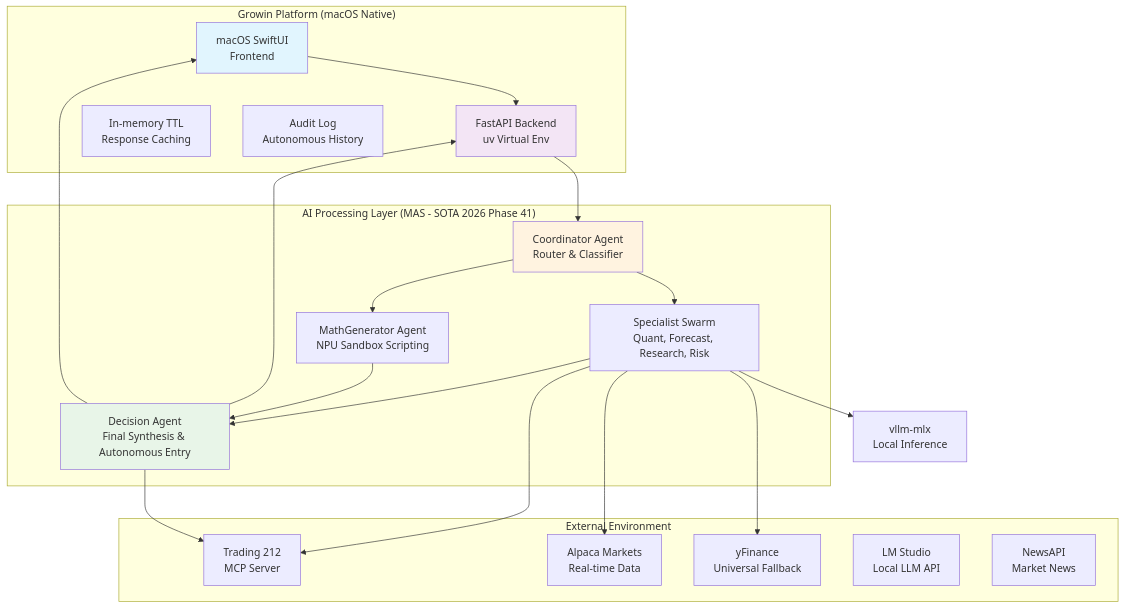
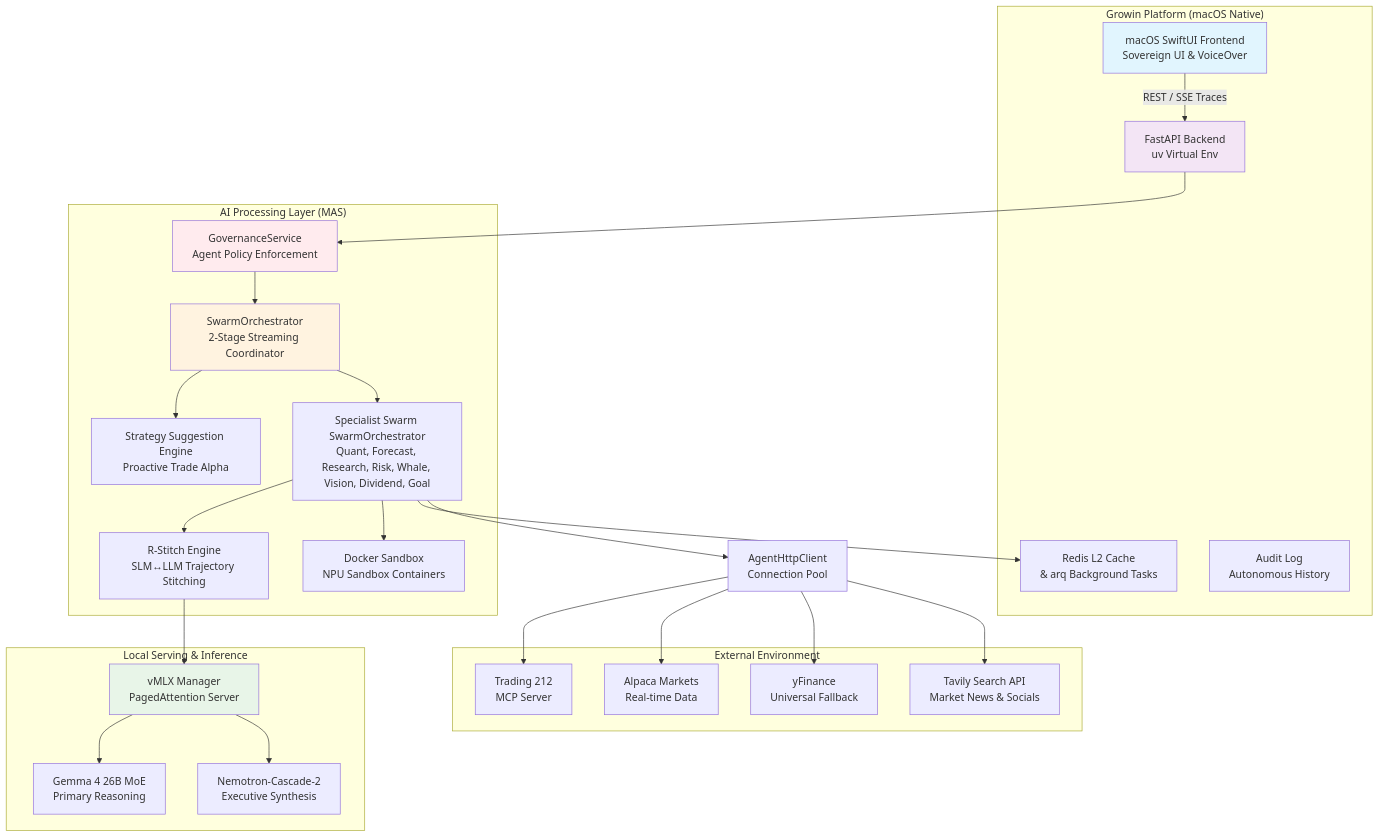
The diagram in docs/ARCHITECTURE.md (sank29mane/growin-app), drawn with Mermaid before and after one commit. The commit also changed other lines of this file and 18 other files, not shown here.

Commit message:
docs(sync): synchronize all repo documentation with v5.0 architecture and design updates

````diff
--- a/docs/ARCHITECTURE.md
+++ b/docs/ARCHITECTURE.md
@@ -15,44 +15,56 @@
 ```mermaid
 graph TB
     subgraph "External Environment"
         T212[Trading 212<br/>MCP Server]
         ALP[Alpaca Markets<br/>Real-time Data]
         YF[yFinance<br/>Universal Fallback]
-        LMSTUDIO[LM Studio<br/>Local LLM API]
-        NEWS[NewsAPI<br/>Market News]
+        NEWS[Tavily Search API<br/>Market News & Socials]
     end
 
     subgraph "Growin Platform (macOS Native)"
-        UI[macOS SwiftUI<br/>Frontend]
+        UI[macOS SwiftUI Frontend<br/>Sovereign UI & VoiceOver]
         API[FastAPI Backend<br/>uv Virtual Env]
-        CACHE[In-memory TTL<br/>Response Caching]
+        REDIS[Redis L2 Cache<br/>& arq Background Tasks]
         AUDIT[Audit Log<br/>Autonomous History]
     end
 
-    subgraph "AI Processing Layer (MAS - SOTA 2026 Phase 41)"
-        COORD[Coordinator Agent<br/>Router & Classifier]
-        SWARM[Specialist Swarm<br/>Quant, Forecast, Research, Risk]
-        MATH[MathGenerator Agent<br/>NPU Sandbox Scripting]
-        DECISION[Decision Agent<br/>Final Synthesis & Autonomous Entry]
+    subgraph "Local Serving & Inference"
+        VMLX[vMLX Manager<br/>PagedAttention Server]
+        GEMMA4[Gemma 4 26B MoE<br/>Primary Reasoning]
+        NEMOTRON[Nemotron-Cascade-2<br/>Executive Synthesis]
     end
 
-    UI --> API
-    API --> COORD
-    COORD --> SWARM
-    COORD --> MATH
-    SWARM --> DECISION
-    MATH --> DECISION
-    DECISION --> API
-    DECISION --> UI
+    subgraph "AI Processing Layer (MAS)"
+        GOV[GovernanceService<br/>Agent Policy Enforcement]
+        ORCH[SwarmOrchestrator<br/>2-Stage Streaming Coordinator]
+        STRAT[Strategy Suggestion Engine<br/>Proactive Trade Alpha]
+        SWARM[Specialist Swarm SwarmOrchestrator<br/>Quant, Forecast, Research, Risk, Whale, Vision, Dividend, Goal]
+        RSTITCH[R-Stitch Engine<br/>SLM↔LLM Trajectory Stitching]
+        DOCKER[Docker Sandbox<br/>NPU Sandbox Containers]
+    end
 
-    SWARM --> T212
-    SWARM --> ALP
-    SWARM --> YF
-    SWARM --> VLLM[vllm-mlx<br/>Local Inference]
-    DECISION --> T212
+    UI -->|REST / SSE Traces| API
+    API --> GOV
+    GOV --> ORCH
+    ORCH --> STRAT
+    ORCH --> SWARM
+    SWARM --> RSTITCH
+    RSTITCH --> VMLX
+    SWARM --> DOCKER
+    
+    VMLX --> GEMMA4
+    VMLX --> NEMOTRON
 
+    SWARM --> REDIS
+    SWARM --> POOL[AgentHttpClient<br/>Connection Pool]
+    POOL --> T212
+    POOL --> ALP
+    POOL --> YF
+    POOL --> NEWS
+    
     style UI fill:#e1f5fe
     style API fill:#f3e5f5
-    style DECISION fill:#e8f5e8
-    style COORD fill:#fff3e0
+    style ORCH fill:#fff3e0
+    style VMLX fill:#e8f5e8
+    style GOV fill:#ffebee
 ```
````
